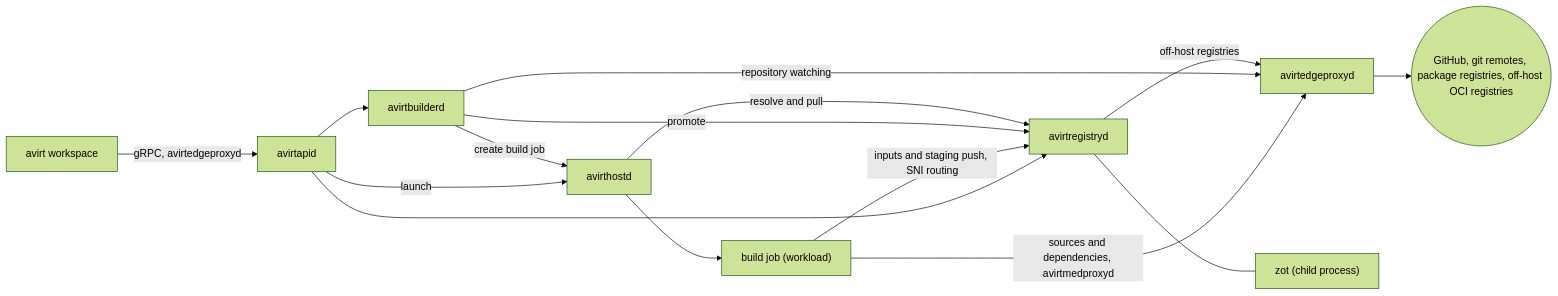
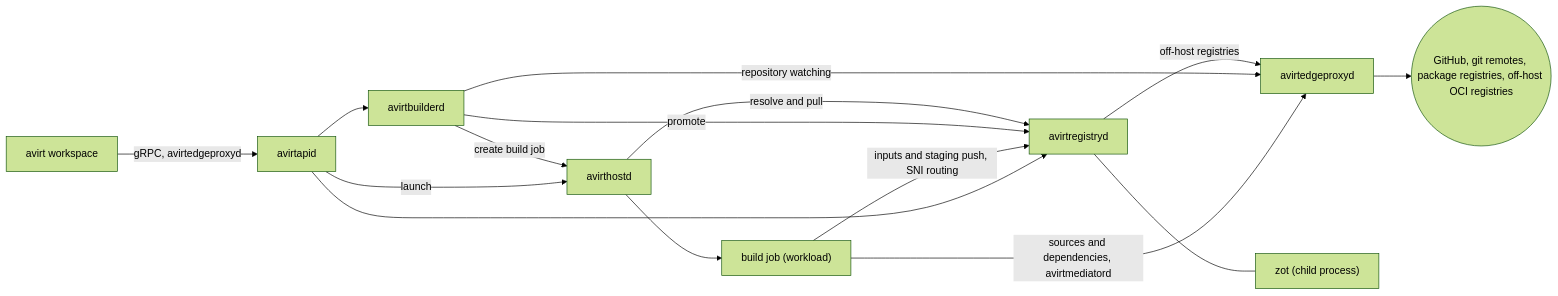
One commit to tbhb-dev/avirt changed the diagram in docs/workspaces.md. Above: the diagram before and after it, drawn with Mermaid (forest theme). The commit also changed other lines of this file and 116 other files, not shown here.

````diff
--- a/docs/workspaces.md
+++ b/docs/workspaces.md
@@ -23,17 +23,17 @@
 ```mermaid
 flowchart LR
     cli["avirt workspace"] -->|"gRPC, avirtedgeproxyd"| proxyd["avirtapid"]
     proxyd --> builderd["avirtbuilderd"]
     proxyd --> registryd["avirtregistryd"]
     proxyd -->|"launch"| hostd["avirthostd"]
     builderd -->|"create build job"| hostd
     hostd --> job["build job (workload)"]
     job -->|"inputs and staging push, SNI routing"| registryd
-    job -->|"sources and dependencies, avirtmedproxyd"| fd["avirtedgeproxyd"]
+    job -->|"sources and dependencies, avirtmediatord"| fd["avirtedgeproxyd"]
     builderd -->|"promote"| registryd
     builderd -->|"repository watching"| fd
     registryd -->|"off-host registries"| fd
     registryd --- zot["zot (child process)"]
     hostd -->|"resolve and pull"| registryd
     fd --> ext(("GitHub, git remotes, package registries, off-host OCI registries"))
 ```
````
